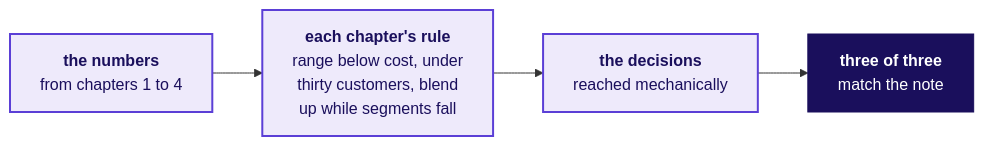
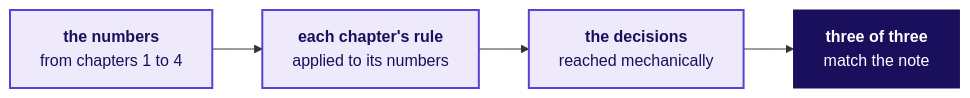
Diagram 27 of 27 in content/W01/D4/slides/C2_W01_D04_half1_STUDENT.md (fde-academy-lab/c2-content-factory), drawn with Mermaid before and after one commit. The commit also changed other lines of this file and 2 other files, not shown here.

````diff
--- a/content/W01/D4/slides/C2_W01_D04_half1_STUDENT.md
+++ b/content/W01/D4/slides/C2_W01_D04_half1_STUDENT.md
@@ -1741,10 +1740,10 @@
 ```mermaid
 flowchart LR
-    T["<b>the numbers</b><br/>from chapters 1 to 4"] --> F["<b>each chapter's rule</b><br/>range below cost, under<br/>thirty customers, blend<br/>up while segments fall"]
+    T["<b>the numbers</b><br/>from chapters 1 to 4"] --> F["<b>each chapter's rule</b><br/>applied to its numbers"]
     F --> M["<b>the decisions</b><br/>reached mechanically"]
     M --> R["<b>three of three</b><br/>match the note"]
     classDef known fill:#EEEAFB,stroke:#5B3FD6,color:#1A0F5C,stroke-width:2px
     classDef bet fill:#1A0F5C,stroke:#1A0F5C,color:#FFFFFF
     class T,F,M known
     class R bet
 ```
````
